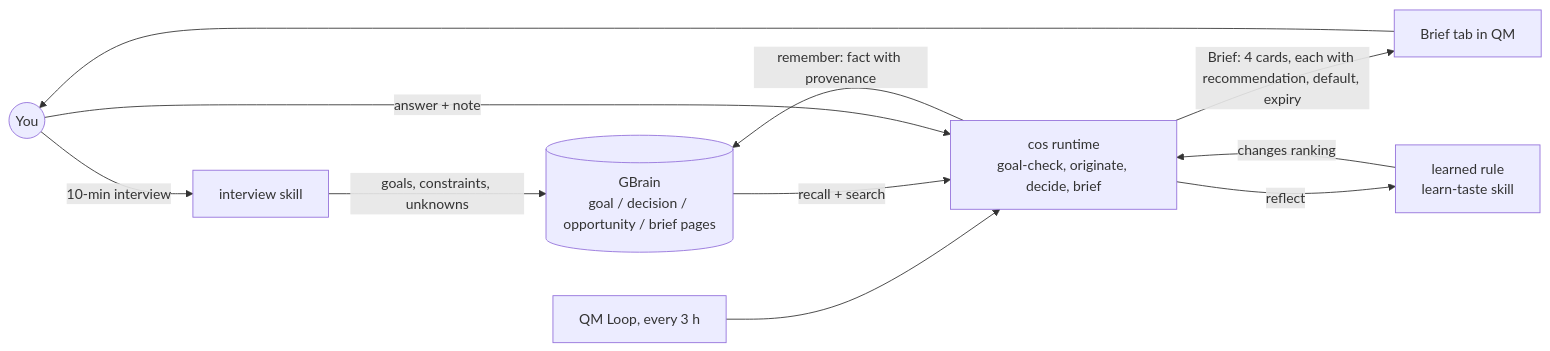
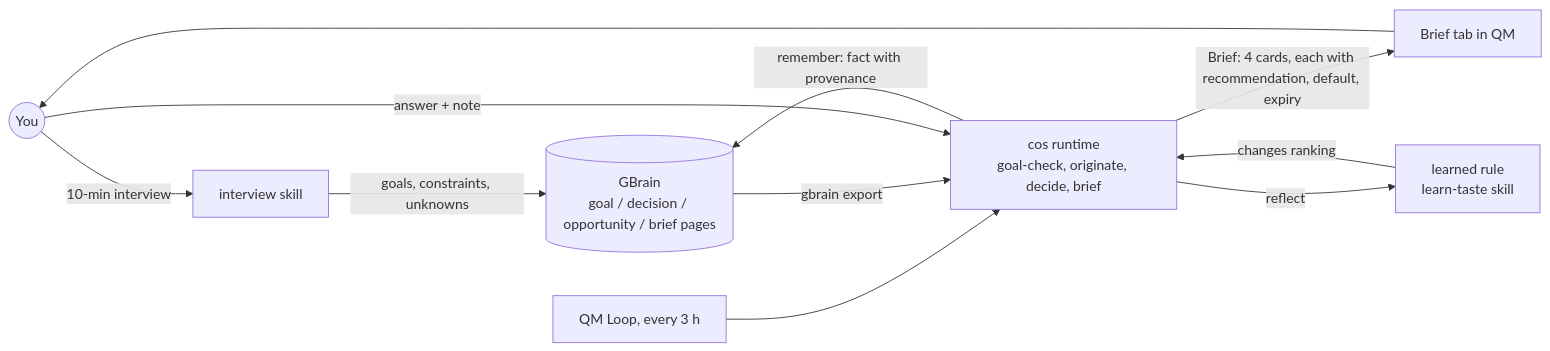
The diagram in chief-of-staff/README.md (RRaphaell/qm), drawn with Mermaid before and after one commit. The commit also changed other lines of this file and 5 other files, not shown here.

Commit message:
chief-of-staff: runtime, GBrain skillpack and schema pack

````diff
--- a/chief-of-staff/README.md
+++ b/chief-of-staff/README.md
@@ -9,13 +9,13 @@
 ```mermaid
 flowchart LR
   U((You)) -- 10-min interview --> I[interview skill]
   I -- goals, constraints, unknowns --> G[(GBrain<br/>goal / decision / opportunity / brief pages)]
   L[QM Loop, every 3 h] --> C[cos runtime<br/>goal-check, originate, decide, brief]
-  G -- recall + search --> C
+  G -- gbrain export --> C
   C -- Brief: 4 cards, each with recommendation, default, expiry --> B[Brief tab in QM]
   B --> U
   U -- answer + note --> C
   C -- remember: fact with provenance --> G
   C -- reflect --> R[learned rule<br/>learn-taste skill]
   R -- changes ranking --> C
 ```
````
